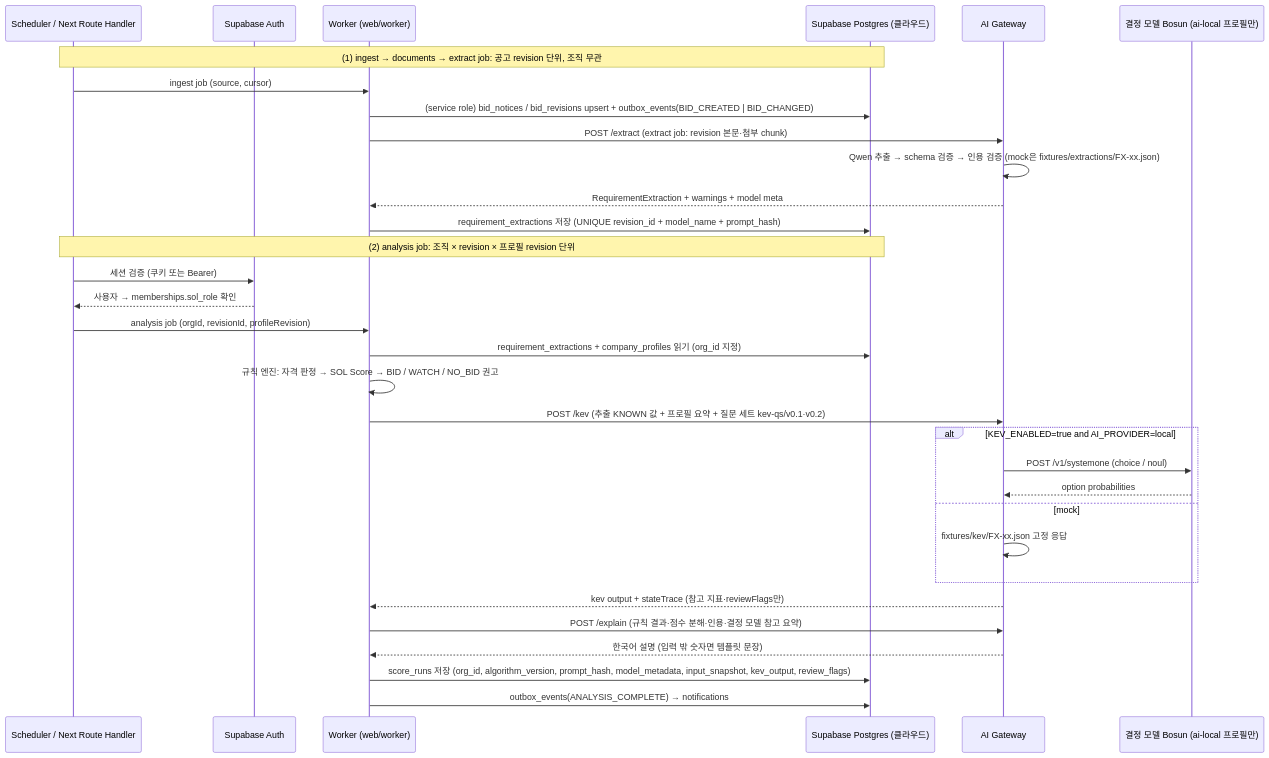
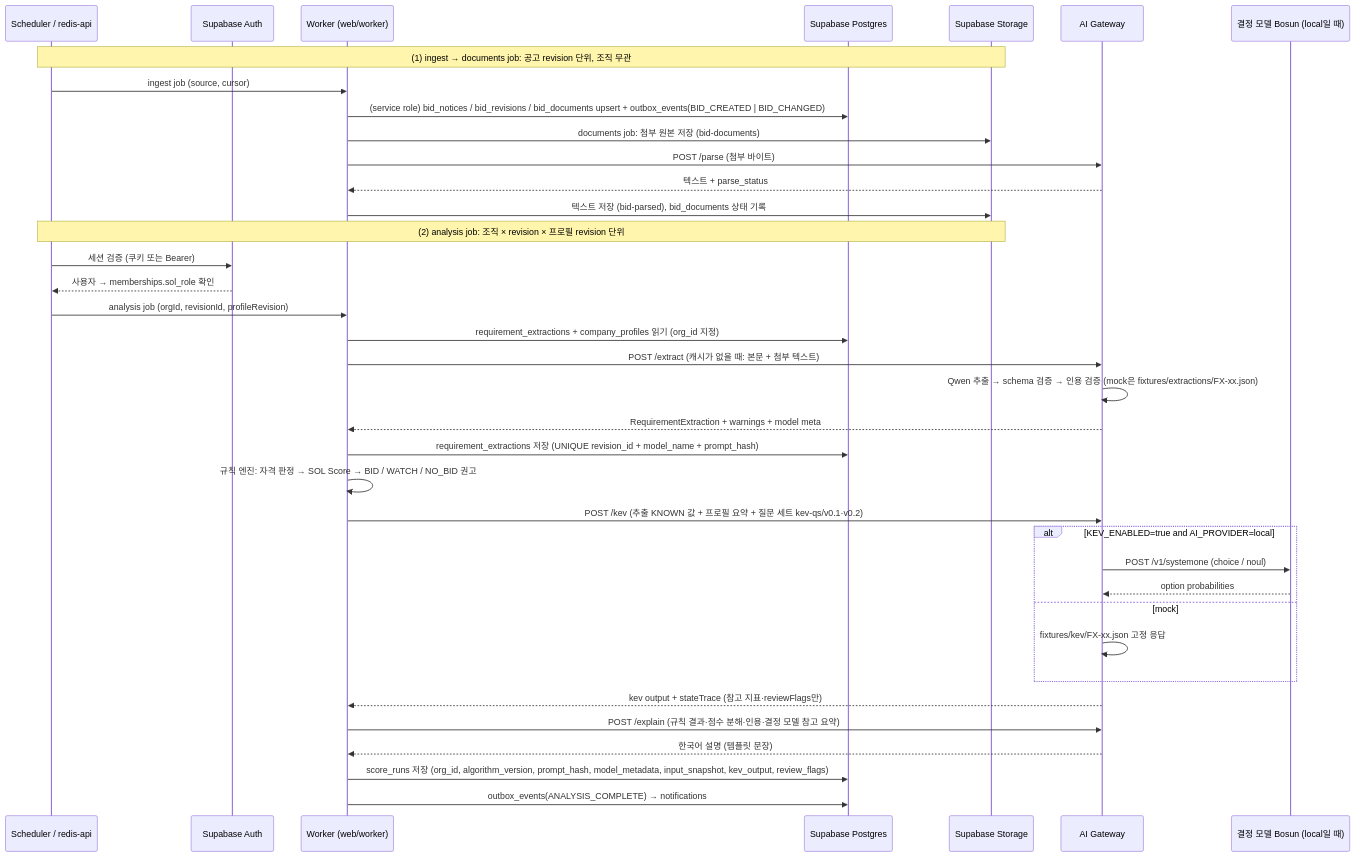
The second of 3 diagrams in docs/02-ARCHITECTURE.md (solideoai/sol-radar), drawn with Mermaid before and after one commit. The commit also changed other lines of this file and 2 other files, not shown here.

````diff
--- a/docs/02-ARCHITECTURE.md
+++ b/docs/02-ARCHITECTURE.md
@@ -94,34 +90,39 @@
 ```mermaid
 sequenceDiagram
- participant S as Scheduler / Next Route Handler
+ participant S as Scheduler / redis-api
  participant SA as Supabase Auth
  participant W as Worker (web/worker)
- participant P as Supabase Postgres (클라우드)
+ participant P as Supabase Postgres
+ participant ST as Supabase Storage
  participant A as AI Gateway
- participant K as 결정 모델 Bosun (ai-local 프로필만)
- Note over S,P: (1) ingest → documents → extract job: 공고 revision 단위, 조직 무관
+ participant K as 결정 모델 Bosun (local일 때)
+ Note over S,ST: (1) ingest → documents job: 공고 revision 단위, 조직 무관
  S->>W: ingest job (source, cursor)
- W->>P: (service role) bid_notices / bid_revisions upsert + outbox_events(BID_CREATED | BID_CHANGED)
- W->>A: POST /extract (extract job: revision 본문·첨부 chunk)
- A->>A: Qwen 추출 → schema 검증 → 인용 검증 (mock은 fixtures/extractions/FX-xx.json)
- A-->>W: RequirementExtraction + warnings + model meta
- W->>P: requirement_extractions 저장 (UNIQUE revision_id + model_name + prompt_hash)
- Note over S,P: (2) analysis job: 조직 × revision × 프로필 revision 단위
+ W->>P: (service role) bid_notices / bid_revisions / bid_documents upsert + outbox_events(BID_CREATED | BID_CHANGED)
+ W->>ST: documents job: 첨부 원본 저장 (bid-documents)
+ W->>A: POST /parse (첨부 바이트)
+ A-->>W: 텍스트 + parse_status
+ W->>ST: 텍스트 저장 (bid-parsed), bid_documents 상태 기록
+ Note over S,ST: (2) analysis job: 조직 × revision × 프로필 revision 단위
  S->>SA: 세션 검증 (쿠키 또는 Bearer)
  SA-->>S: 사용자 → memberships.sol_role 확인
  S->>W: analysis job (orgId, revisionId, profileRevision)
  W->>P: requirement_extractions + company_profiles 읽기 (org_id 지정)
+ W->>A: POST /extract (캐시가 없을 때: 본문 + 첨부 텍스트)
+ A->>A: Qwen 추출 → schema 검증 → 인용 검증 (mock은 fixtures/extractions/FX-xx.json)
+ A-->>W: RequirementExtraction + warnings + model meta
+ W->>P: requirement_extractions 저장 (UNIQUE revision_id + model_name + prompt_hash)
  W->>W: 규칙 엔진: 자격 판정 → SOL Score → BID / WATCH / NO_BID 권고
  W->>A: POST /kev (추출 KNOWN 값 + 프로필 요약 + 질문 세트 kev-qs/v0.1·v0.2)
  alt KEV_ENABLED=true and AI_PROVIDER=local
   A->>K: POST /v1/systemone (choice / noul)
   K-->>A: option probabilities
  else mock
   A->>A: fixtures/kev/FX-xx.json 고정 응답
  end
  A-->>W: kev output + stateTrace (참고 지표·reviewFlags만)
  W->>A: POST /explain (규칙 결과·점수 분해·인용·결정 모델 참고 요약)
- A-->>W: 한국어 설명 (입력 밖 숫자면 템플릿 문장)
+ A-->>W: 한국어 설명 (템플릿 문장)
  W->>P: score_runs 저장 (org_id, algorithm_version, prompt_hash, model_metadata, input_snapshot, kev_output, review_flags)
  W->>P: outbox_events(ANALYSIS_COMPLETE) → notifications
 ```
````
